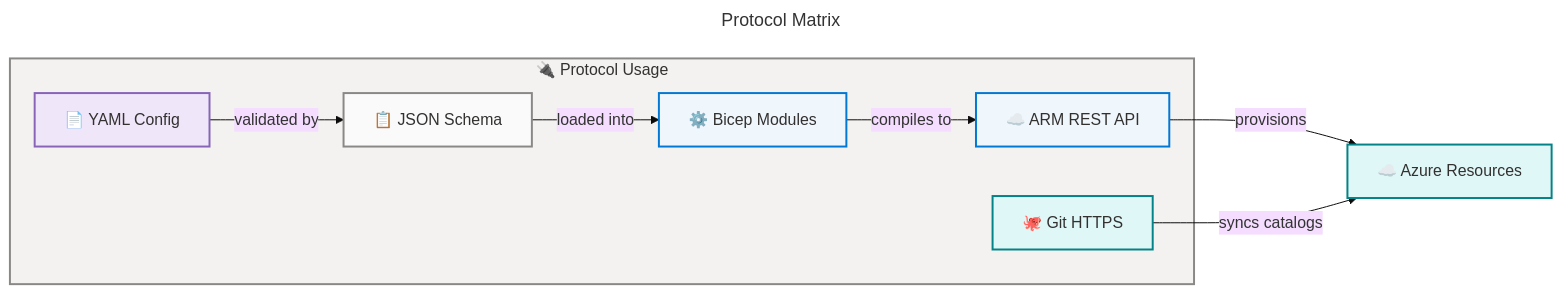
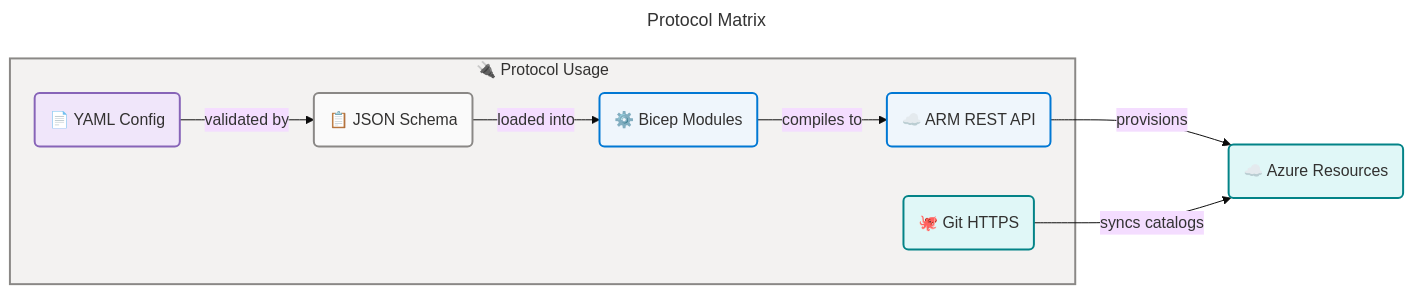
The sixth of 12 diagrams in docs/architecture/application-architecture.md (Evilazaro/DevExp-DevBox), drawn with Mermaid before and after one commit.

Commit message:
feat: update protocol usage diagram syntax for consistency

````diff
--- a/docs/architecture/application-architecture.md
+++ b/docs/architecture/application-architecture.md
@@ -589,48 +589,48 @@
 ```mermaid
 ---
 title: Protocol Matrix
 config:
   theme: base
   look: classic
   layout: dagre
   themeVariables:
     fontSize: '16px'
   flowchart:
     htmlLabels: true
 ---
 flowchart LR
     accTitle: Protocol Matrix Diagram
     accDescr: Shows how different protocols connect the system layers from configuration through compilation to deployment
 
     %% ═══════════════════════════════════════════════════════════════════════════
     %% AZURE / FLUENT ARCHITECTURE PATTERN v1.1
     %% (Semantic + Structural + Font + Accessibility Governance)
     %% ═══════════════════════════════════════════════════════════════════════════
     %% PHASE 1 - FLUENT UI: All styling uses approved Fluent UI palette only
     %% PHASE 2 - GROUPS: Every subgraph has semantic color via style directive
     %% PHASE 3 - COMPONENTS: Every node has semantic classDef + icon prefix
     %% PHASE 4 - ACCESSIBILITY: accTitle/accDescr present, WCAG AA contrast
     %% PHASE 5 - STANDARD: Governance block present, classDefs centralized
     %% ═══════════════════════════════════════════════════════════════════════════
 
     subgraph protocols["🔌 Protocol Usage"]
-        YAML["📄 YAML Config"]:::data
-        JSON["📋 JSON Schema"]:::neutral
-        BICEP["⚙️ Bicep Modules"]:::core
-        ARM["☁️ ARM REST API"]:::core
-        GIT["🐙 Git HTTPS"]:::external
+        YAML("📄 YAML Config"):::data
+        JSON("📋 JSON Schema"):::neutral
+        BICEP("⚙️ Bicep Modules"):::core
+        ARM("☁️ ARM REST API"):::core
+        GIT("🐙 Git HTTPS"):::external
     end
 
     YAML -->|"validated by"| JSON
     JSON -->|"loaded into"| BICEP
     BICEP -->|"compiles to"| ARM
-    ARM -->|"provisions"| AZURE["☁️ Azure Resources"]:::external
+    ARM -->|"provisions"| AZURE("☁️ Azure Resources"):::external
     GIT -->|"syncs catalogs"| AZURE
 
     style protocols fill:#F3F2F1,stroke:#8A8886,stroke-width:2px,color:#323130
 
     classDef neutral fill:#FAFAFA,stroke:#8A8886,stroke-width:2px,color:#323130
     classDef core fill:#EFF6FC,stroke:#0078D4,stroke-width:2px,color:#323130
     classDef data fill:#F0E6FA,stroke:#8764B8,stroke-width:2px,color:#323130
     classDef external fill:#E0F7F7,stroke:#038387,stroke-width:2px,color:#323130
 ```
````
